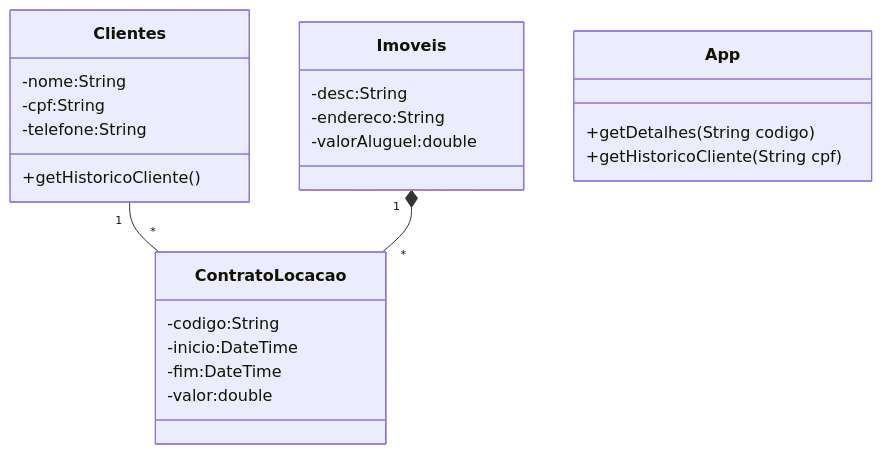
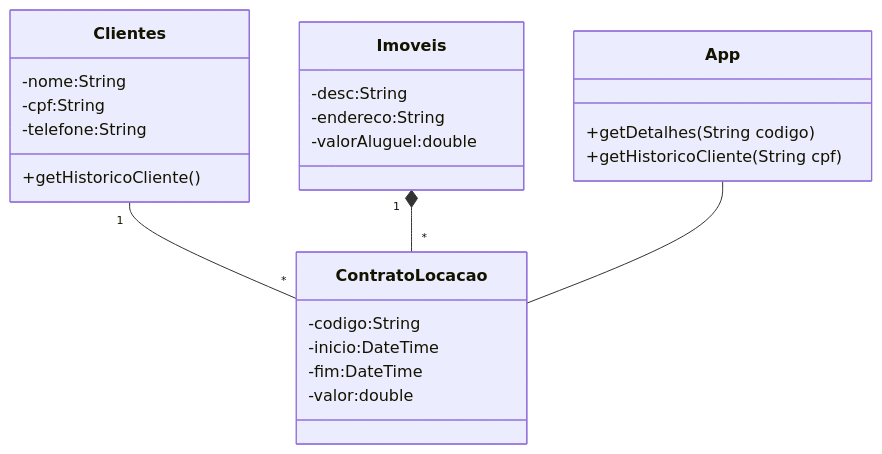
One commit to ant0nelli/ESD changed the diagram in atividades00/Atividade2/src/main/java/ads/esd/README.md. Above: the diagram before and after it, drawn with Mermaid. The commit also changed 7 other files, not shown here.

````diff
--- a/atividades00/Atividade2/src/main/java/ads/esd/README.md
+++ b/atividades00/Atividade2/src/main/java/ads/esd/README.md
@@ -1,29 +1,30 @@
 ```mermaid
 classDiagram
     class Clientes{
         -nome:String
         -cpf:String
         -telefone:String
         +getHistoricoCliente()
     }
     class Imoveis{
         -desc:String
         -endereco:String
         -valorAluguel:double
     }
     class ContratoLocacao{
         -codigo:String
         -inicio:DateTime
         -fim:DateTime
         -valor:double
     }
     class App{
         +getDetalhes(String codigo)
         +getHistoricoCliente(String cpf)
     }
     
     Clientes "1" -- "*" ContratoLocacao
     Imoveis "1" *-- "*" ContratoLocacao
+    App -- ContratoLocacao
 
     
 ```
````
